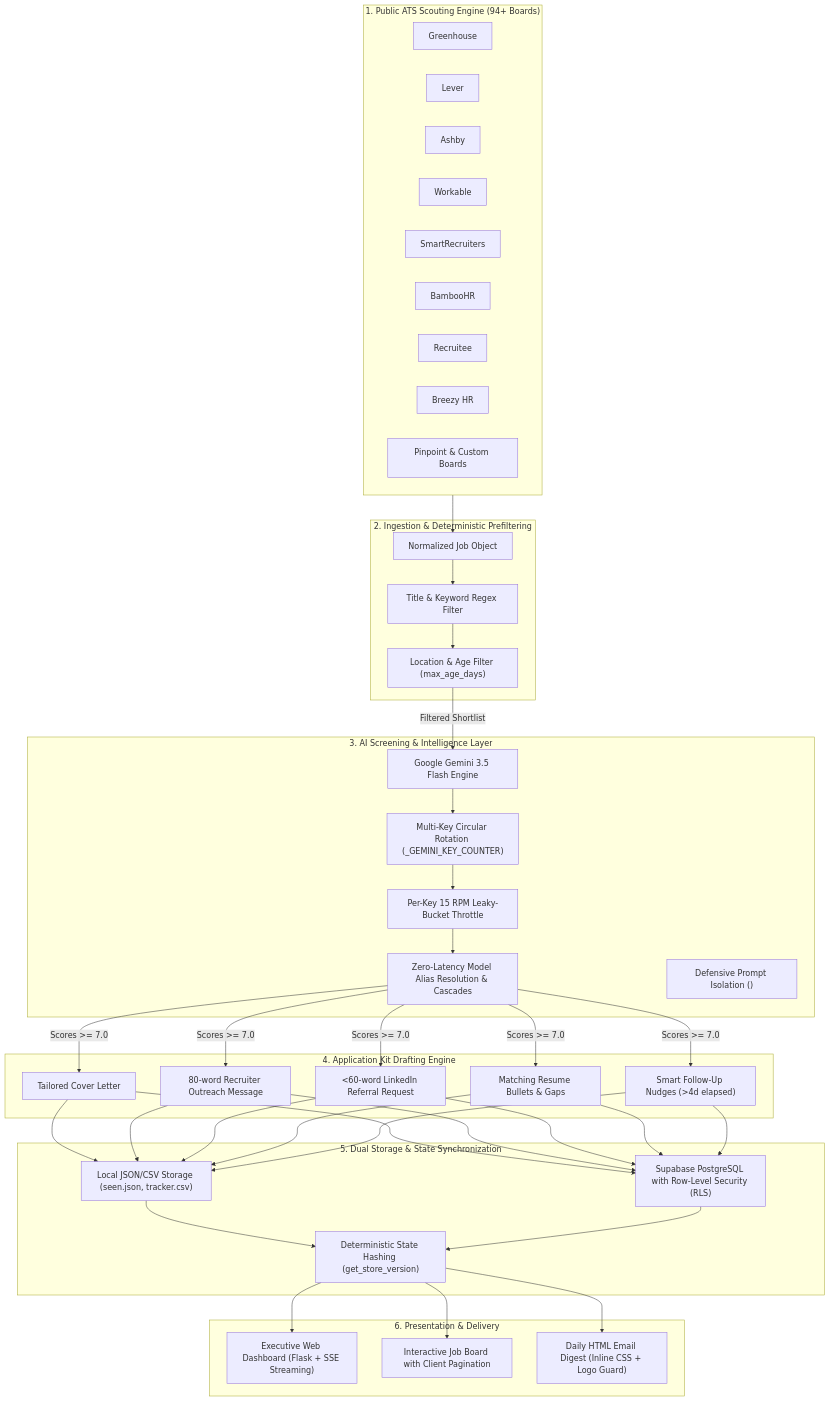
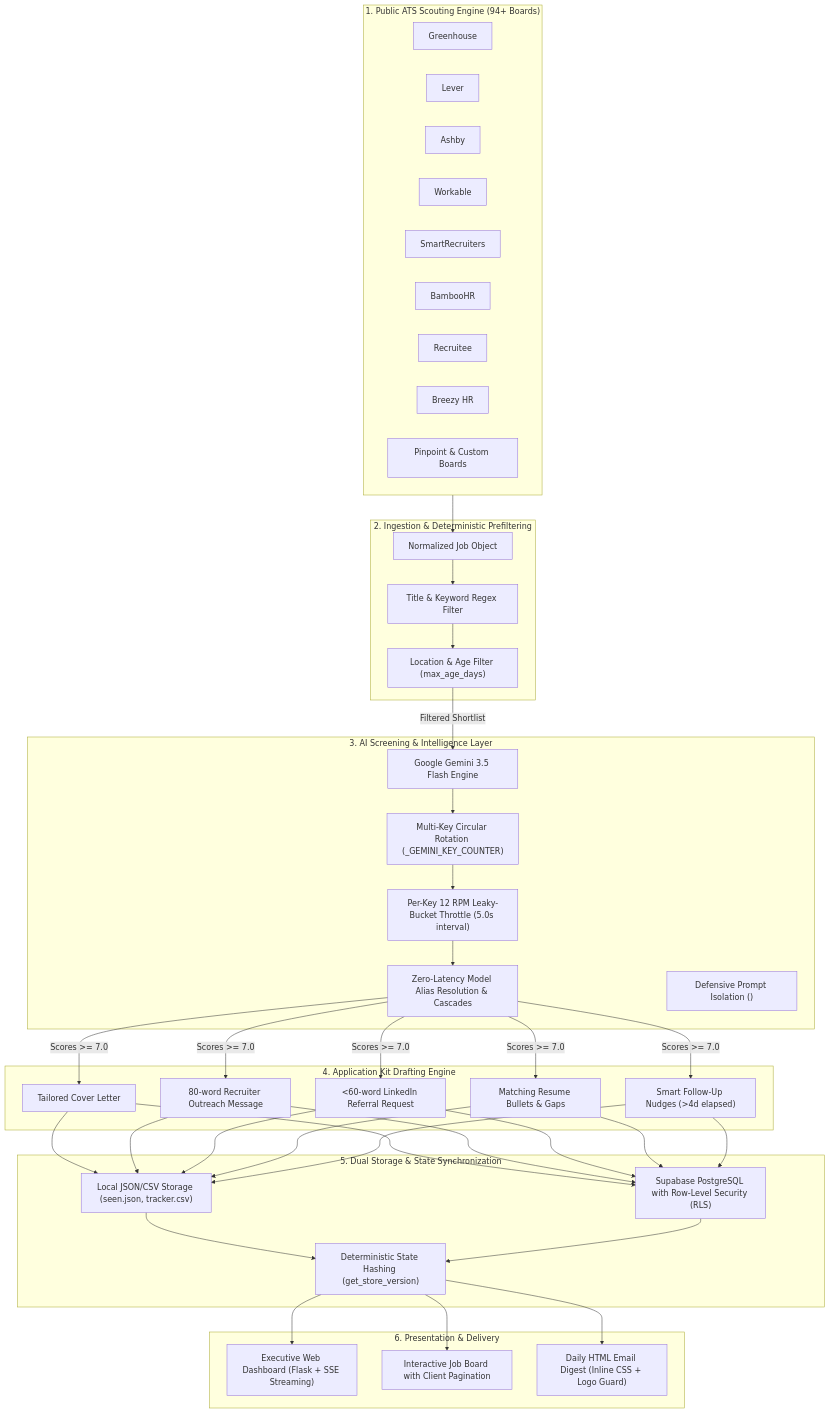
The diagram in docs/ARCHITECTURE.md (tanish-jain-225/job-hunter), drawn with Mermaid before and after one commit. The commit also changed other lines of this file and 13 other files, not shown here.

Commit message:
docs: add comprehensive system documentation and refresh README pipeline diagram

````diff
--- a/docs/ARCHITECTURE.md
+++ b/docs/ARCHITECTURE.md
@@ -27,48 +27,48 @@
 ```mermaid
 flowchart TD
     subgraph S1["1. Public ATS Scouting Engine (94+ Boards)"]
         A1["Greenhouse"] & A2["Lever"] & A3["Ashby"]
         A4["Workable"] & A5["SmartRecruiters"] & A6["BambooHR"]
         A7["Recruitee"] & A8["Breezy HR"] & A9["Pinpoint & Custom Boards"]
     end
 
     subgraph S2["2. Ingestion & Deterministic Prefiltering"]
         B1["Normalized Job Object"]
         B2["Title & Keyword Regex Filter"]
         B3["Location & Age Filter (max_age_days)"]
     end
 
     subgraph S3["3. AI Screening & Intelligence Layer"]
         C1["Google Gemini 3.5 Flash Engine"]
         C2["Multi-Key Circular Rotation (_GEMINI_KEY_COUNTER)"]
-        C3["Per-Key 15 RPM Leaky-Bucket Throttle"]
+        C3["Per-Key 12 RPM Leaky-Bucket Throttle (5.0s interval)"]
         C4["Zero-Latency Model Alias Resolution & Cascades"]
         C5["Defensive Prompt Isolation (<untrusted_job_description>)"]
     end
 
     subgraph S4["4. Application Kit Drafting Engine"]
         D1["Tailored Cover Letter"]
         D2["80-word Recruiter Outreach Message"]
         D3["<60-word LinkedIn Referral Request"]
         D4["Matching Resume Bullets & Gaps"]
         D5["Smart Follow-Up Nudges (>4d elapsed)"]
     end
 
     subgraph S5["5. Dual Storage & State Synchronization"]
         E1["Local JSON/CSV Storage (seen.json, tracker.csv)"]
         E2["Supabase PostgreSQL with Row-Level Security (RLS)"]
         E3["Deterministic State Hashing (get_store_version)"]
     end
 
     subgraph S6["6. Presentation & Delivery"]
         F1["Executive Web Dashboard (Flask + SSE Streaming)"]
         F2["Interactive Job Board with Client Pagination"]
         F3["Daily HTML Email Digest (Inline CSS + Logo Guard)"]
     end
 
     S1 --> B1 --> B2 --> B3
     B3 -->|Filtered Shortlist| C1 --> C2 --> C3 --> C4
     C4 -->|Scores >= 7.0| D1 & D2 & D3 & D4 & D5
     D1 & D2 & D3 & D4 & D5 --> E1 & E2 --> E3
     E3 --> F1 & F2 & F3
 ```
````
